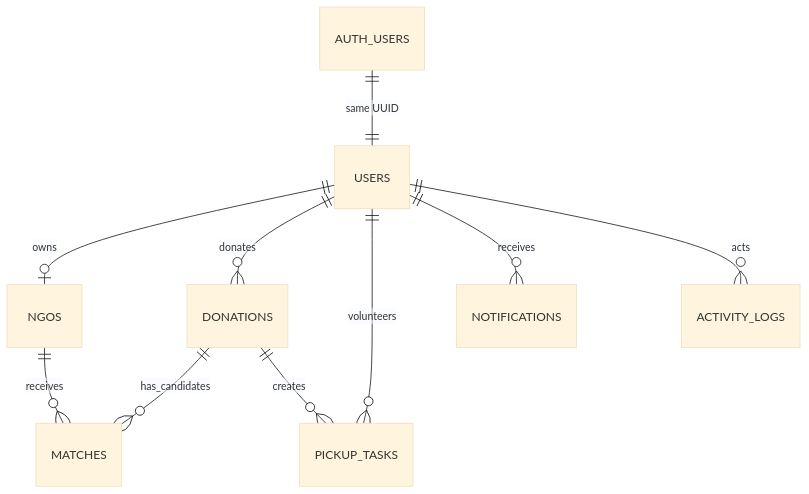
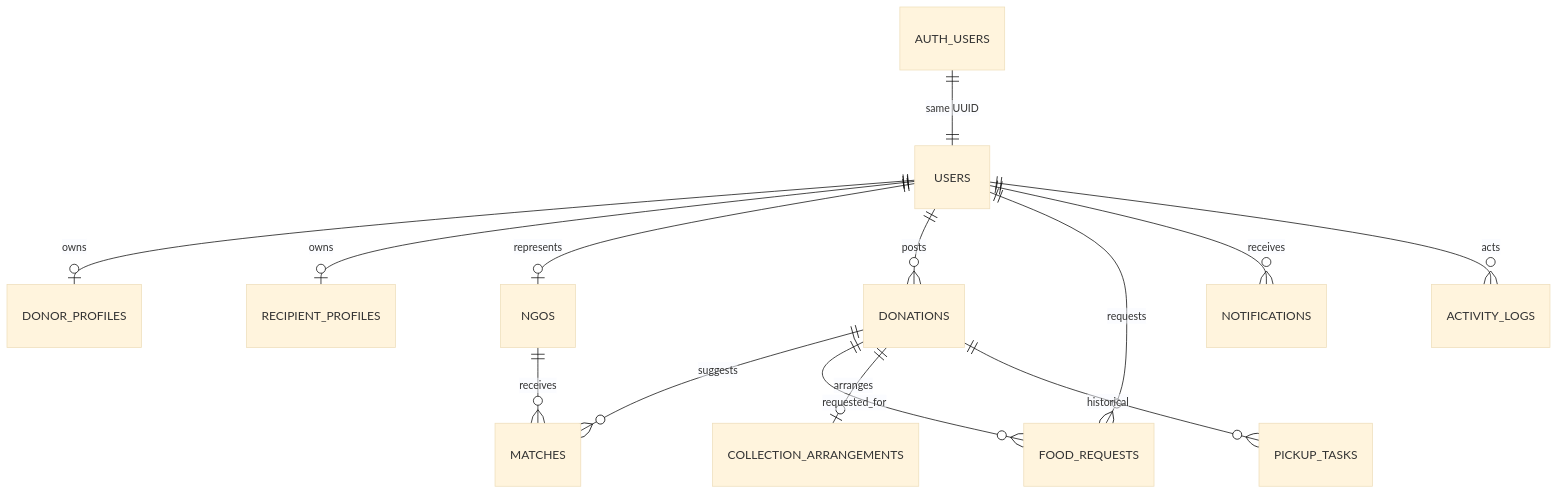
One commit to Zeeshan-py/RescueBite changed the third of 3 diagrams in README.md. Above: the diagram before and after it, drawn with Mermaid (base theme). The commit also changed other lines of this file and 66 other files, not shown here.

Commit message:
Add individual recipient and direct collection workflow

````diff
--- a/README.md
+++ b/README.md
@@ -86,12 +77,16 @@
 ```mermaid
 erDiagram
-    AUTH_USERS ||--|| USERS : "same UUID"
-    USERS ||--o| NGOS : owns
-    USERS ||--o{ DONATIONS : donates
-    DONATIONS ||--o{ MATCHES : has_candidates
-    NGOS ||--o{ MATCHES : receives
-    DONATIONS ||--o{ PICKUP_TASKS : creates
-    USERS ||--o{ PICKUP_TASKS : volunteers
-    USERS ||--o{ NOTIFICATIONS : receives
-    USERS ||--o{ ACTIVITY_LOGS : acts
+  AUTH_USERS ||--|| USERS : "same UUID"
+  USERS ||--o| DONOR_PROFILES : owns
+  USERS ||--o| RECIPIENT_PROFILES : owns
+  USERS ||--o| NGOS : represents
+  USERS ||--o{ DONATIONS : posts
+  DONATIONS ||--o{ MATCHES : suggests
+  NGOS ||--o{ MATCHES : receives
+  DONATIONS ||--o{ FOOD_REQUESTS : requested_for
+  USERS ||--o{ FOOD_REQUESTS : requests
+  DONATIONS ||--o| COLLECTION_ARRANGEMENTS : arranges
+  USERS ||--o{ NOTIFICATIONS : receives
+  USERS ||--o{ ACTIVITY_LOGS : acts
+  DONATIONS ||--o{ PICKUP_TASKS : historical
 ```
````
